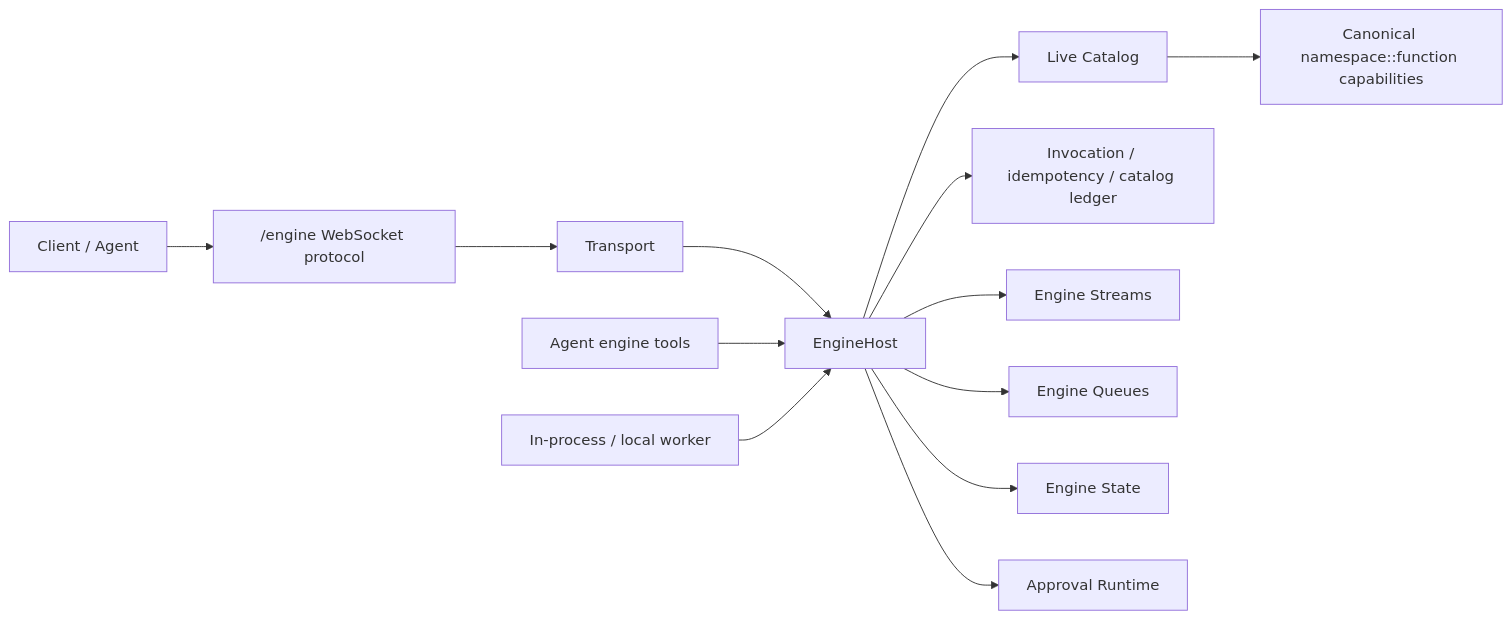
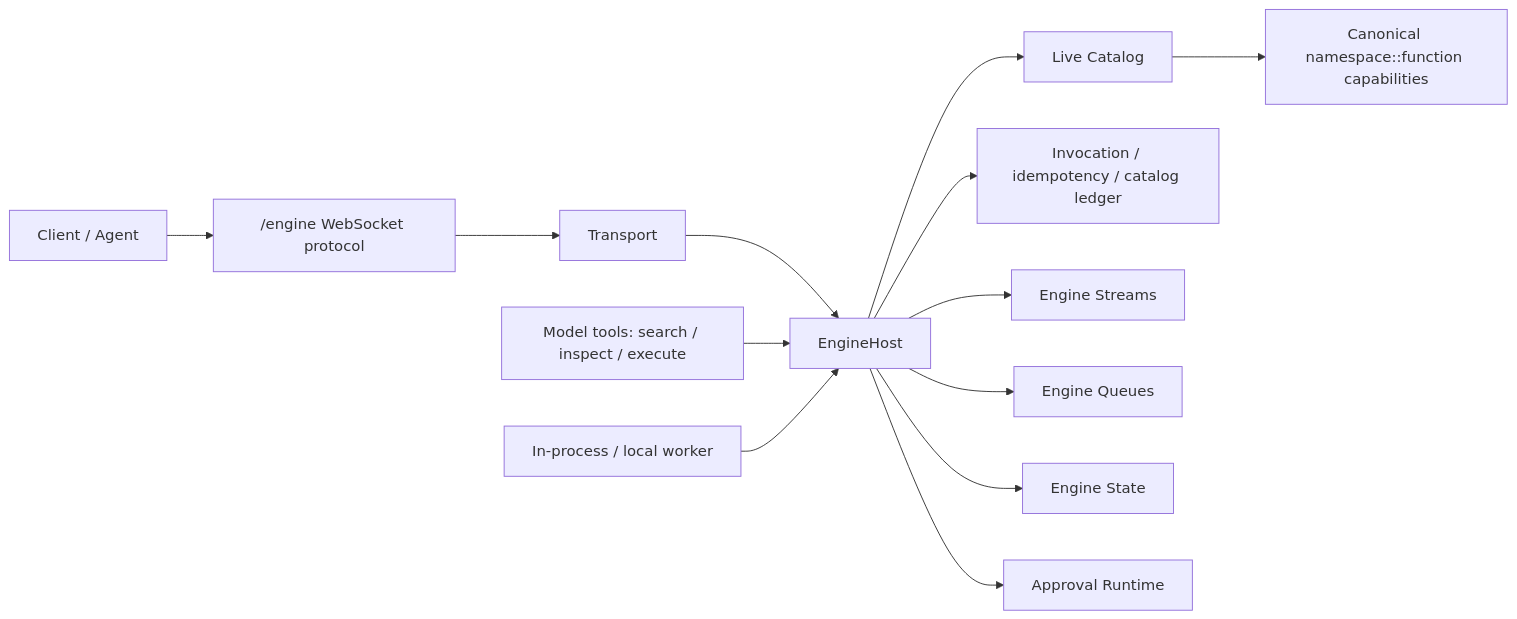
Before and after one commit to mhismail3/tron: the diagram in packages/agent/docs/engine-redesign/README.md, drawn with Mermaid. The commit also changed other lines of this file and 280 other files, not shown here.

````diff
--- a/packages/agent/docs/engine-redesign/README.md
+++ b/packages/agent/docs/engine-redesign/README.md
@@ -47,15 +47,15 @@
 ```mermaid
 flowchart LR
   Client["Client / Agent"] --> EngineWs["/engine WebSocket protocol"]
   EngineWs --> Transport
   Transport --> Engine["EngineHost"]
-  AgentTool["Agent engine tools"] --> Engine
+  CapabilityPrimitives["Model tools: search / inspect / execute"] --> Engine
   Worker["In-process / local worker"] --> Engine
   Engine --> Catalog["Live Catalog"]
   Engine --> Ledger["Invocation / idempotency / catalog ledger"]
   Engine --> Streams["Engine Streams"]
   Engine --> Queue["Engine Queues"]
   Engine --> State["Engine State"]
   Engine --> Approval["Approval Runtime"]
   Catalog --> Capability["Canonical namespace::function capabilities"]
 ```
````
